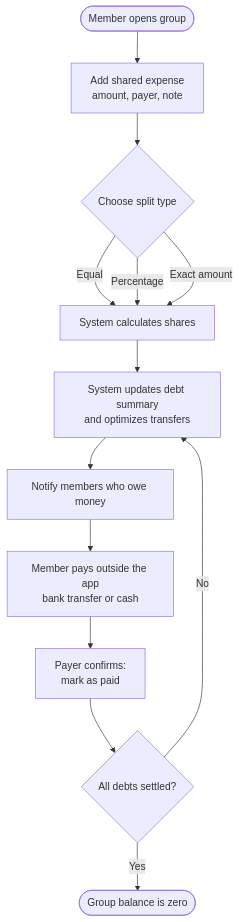
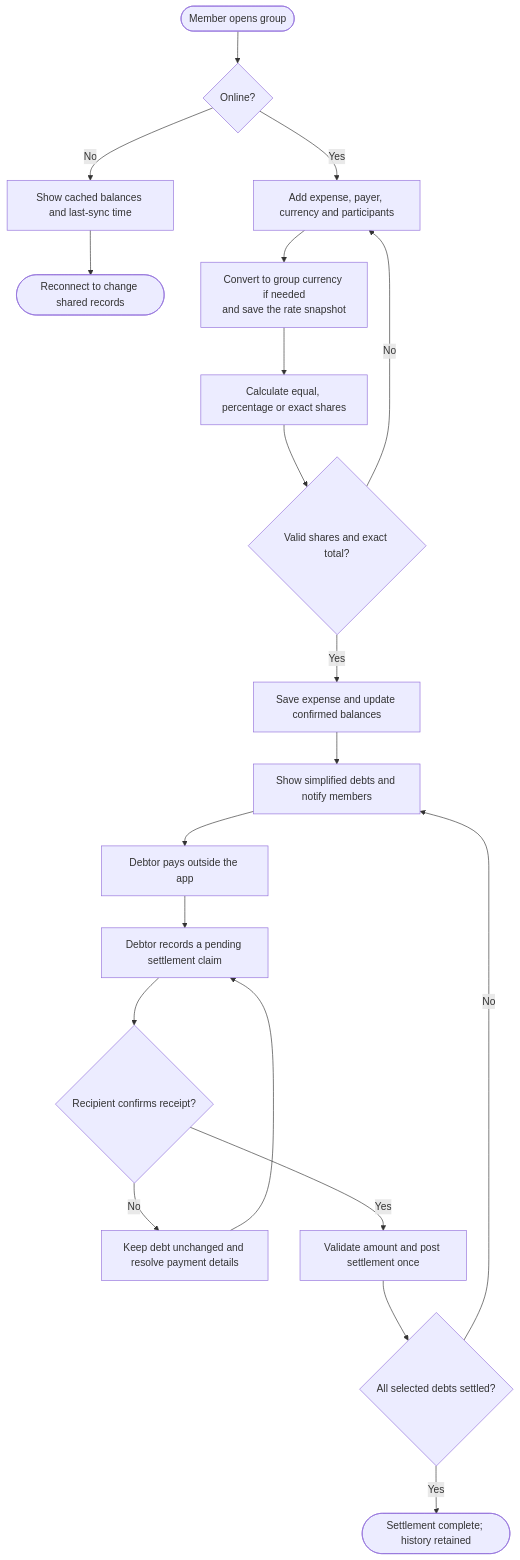
Before and after one commit to pdtLong2929/FinSync: the second of 3 diagrams in PA/PA2/report.md, drawn with Mermaid. The commit also changed other lines of this file and 1 other file, not shown here.

````diff
--- a/PA/PA2/report.md
+++ b/PA/PA2/report.md
@@ -507,15 +549,22 @@
 ```mermaid
 flowchart TD
-    A([Member opens group]) --> B[Add shared expense<br/>amount, payer, note]
-    B --> C{Choose split type}
-    C -->|Equal| D[System calculates shares]
-    C -->|Percentage| D
-    C -->|Exact amount| D
-    D --> E[System updates debt summary<br/>and optimizes transfers]
-    E --> F[Notify members who owe money]
-    F --> G[Member pays outside the app<br/>bank transfer or cash]
-    G --> H[Payer confirms:<br/>mark as paid]
-    H --> I{All debts settled?}
-    I -->|No| E
-    I -->|Yes| J([Group balance is zero])
+    A([Member opens group]) --> N{Online?}
+    N -->|No| O[Show cached balances and last-sync time]
+    O --> P([Reconnect to change shared records])
+    N -->|Yes| B[Add expense, payer, currency and participants]
+    B --> C[Convert to group currency if needed<br/>and save the rate snapshot]
+    C --> D[Calculate equal, percentage or exact shares]
+    D --> V{Valid shares and exact total?}
+    V -->|No| B
+    V -->|Yes| E[Save expense and update confirmed balances]
+    E --> F[Show simplified debts and notify members]
+    F --> G[Debtor pays outside the app]
+    G --> H[Debtor records a pending settlement claim]
+    H --> I{Recipient confirms receipt?}
+    I -->|No| R[Keep debt unchanged and resolve payment details]
+    R --> H
+    I -->|Yes| J[Validate amount and post settlement once]
+    J --> K{All selected debts settled?}
+    K -->|No| F
+    K -->|Yes| L([Settlement complete; history retained])
 ```
````
